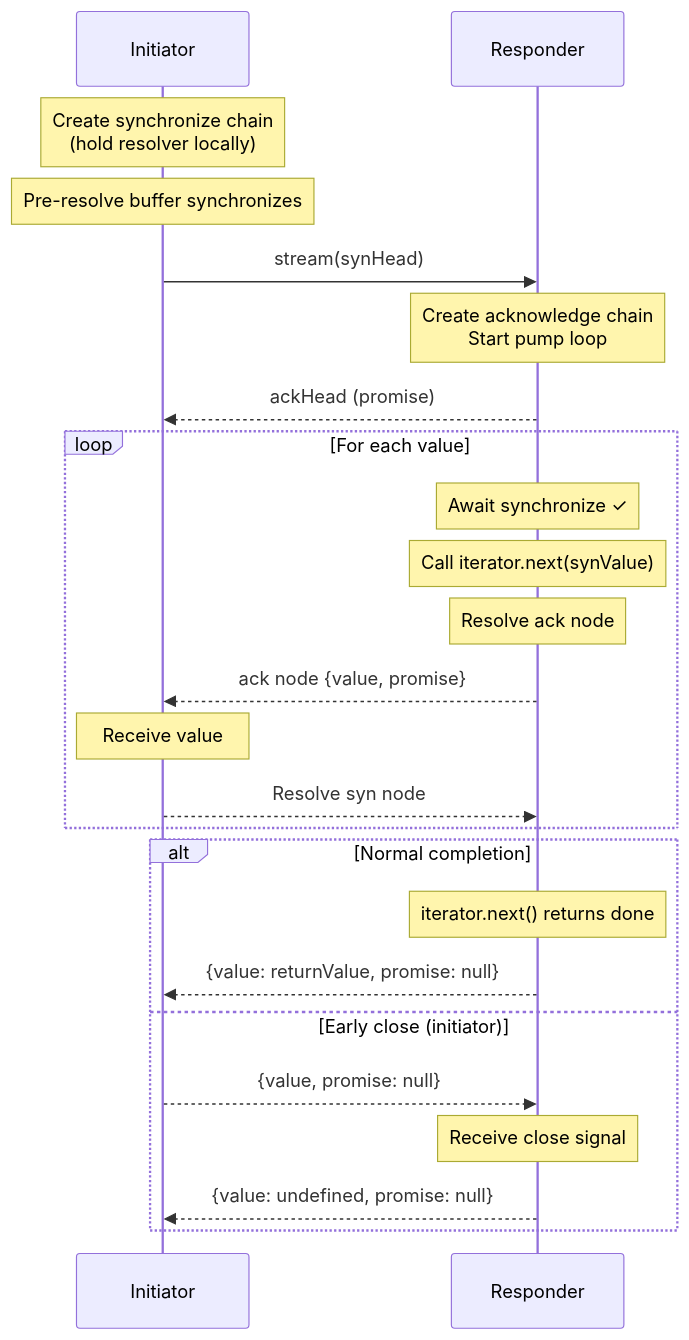
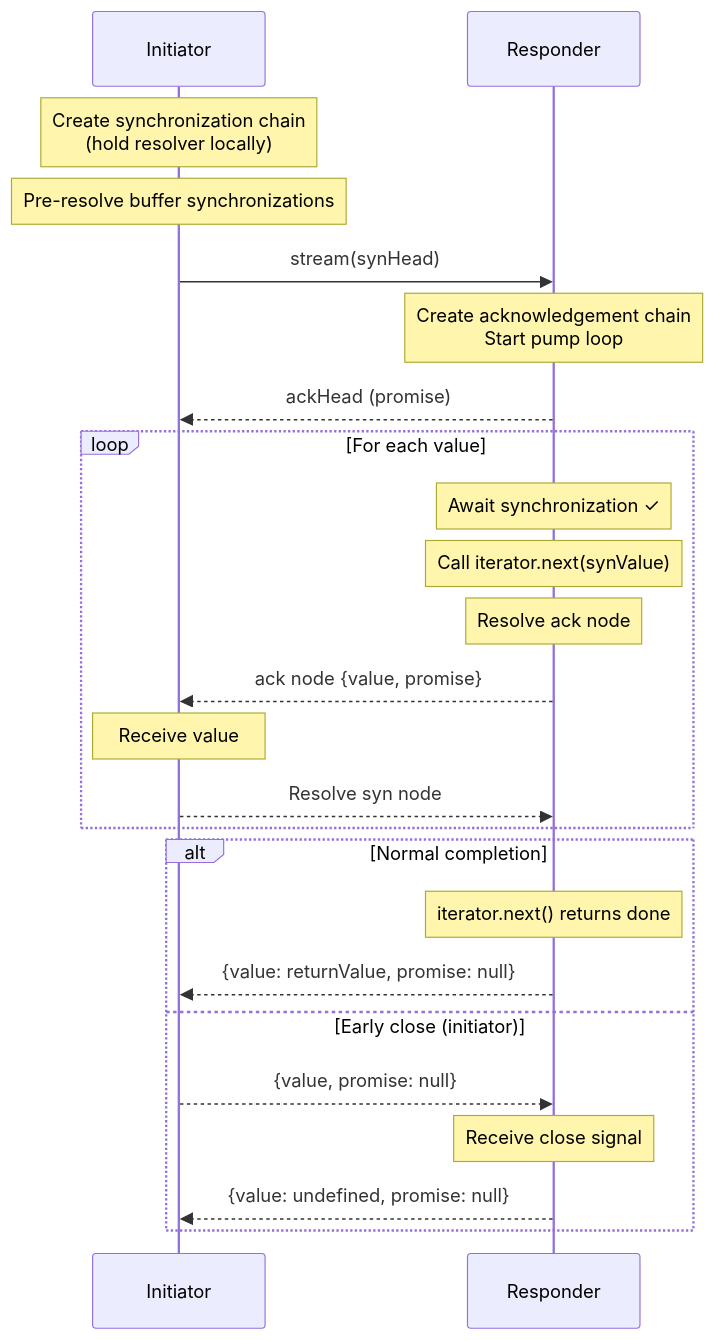
The diagram in packages/exo-stream/DESIGN.md (endojs/endo), drawn with Mermaid before and after one commit. The commit also changed other lines of this file and 8 other files, not shown here.

````diff
--- a/packages/exo-stream/DESIGN.md
+++ b/packages/exo-stream/DESIGN.md
@@ -31,34 +45,34 @@
 ```mermaid
 sequenceDiagram
     participant I as Initiator
     participant R as Responder
 
-    Note over I: Create synchronize chain<br/>(hold resolver locally)
-    Note over I: Pre-resolve buffer synchronizes
+    Note over I: Create synchronization chain<br/>(hold resolver locally)
+    Note over I: Pre-resolve buffer synchronizations
 
     I->>R: stream(synHead)
-    
-    Note over R: Create acknowledge chain<br/>Start pump loop
+
+    Note over R: Create acknowledgement chain<br/>Start pump loop
 
     R-->>I: ackHead (promise)
 
     loop For each value
-        Note over R: Await synchronize ✓
+        Note over R: Await synchronization ✓
         Note over R: Call iterator.next(synValue)
         Note over R: Resolve ack node
-        
+
         R-->>I: ack node {value, promise}
-        
+
         Note over I: Receive value
         I-->>R: Resolve syn node
     end
 
     alt Normal completion
         Note over R: iterator.next() returns done
         R-->>I: {value: returnValue, promise: null}
     else Early close (initiator)
         I-->>R: {value, promise: null}
         Note over R: Receive close signal
         R-->>I: {value: undefined, promise: null}
     end
 ```
````
